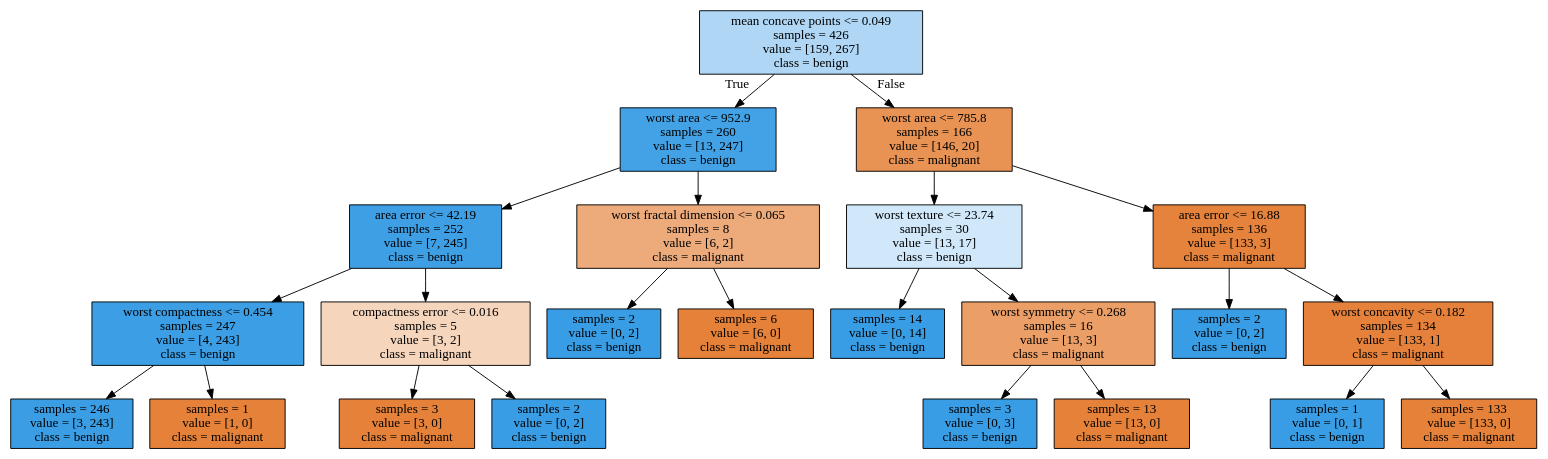
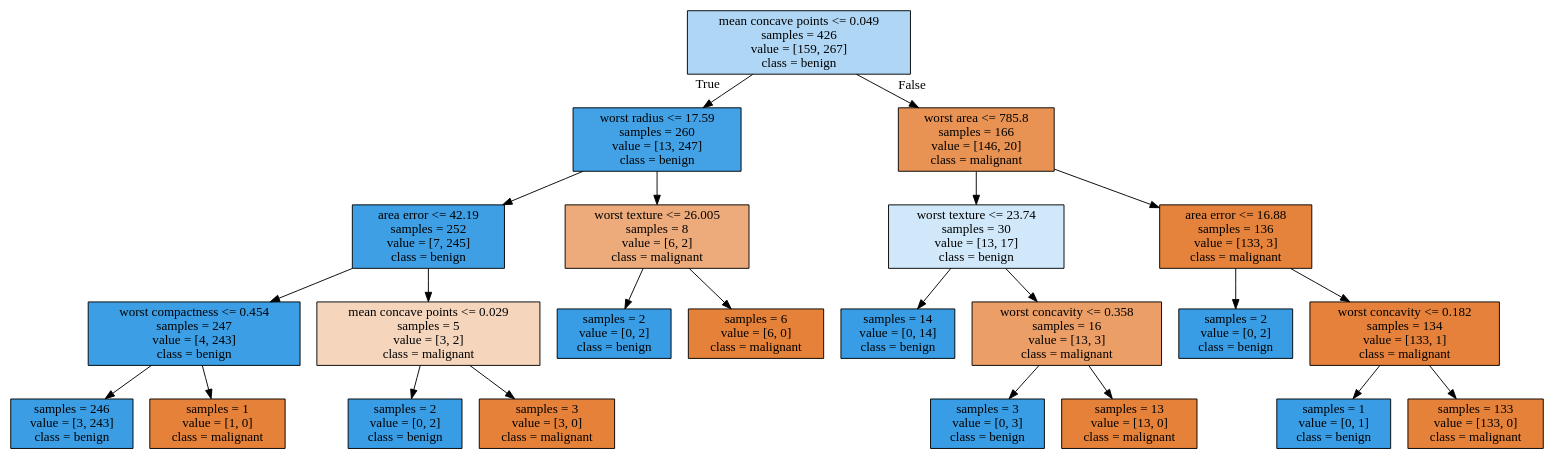
One commit to davidmilIs/Data-Clustering changed the diagram in breast_tree.dot. Above: the diagram before and after it, drawn with Graphviz. The commit also changed 1 other file, not shown here.

```diff
--- a/breast_tree.dot
+++ b/breast_tree.dot
@@ -1,48 +1,48 @@
 digraph Tree {
 node [shape=box, style="filled", color="black"] ;
 0 [label="mean concave points <= 0.049\nsamples = 426\nvalue = [159, 267]\nclass = benign", fillcolor="#399de567"] ;
-1 [label="worst area <= 952.9\nsamples = 260\nvalue = [13, 247]\nclass = benign", fillcolor="#399de5f2"] ;
+1 [label="worst radius <= 17.59\nsamples = 260\nvalue = [13, 247]\nclass = benign", fillcolor="#399de5f2"] ;
 0 -> 1 [labeldistance=2.5, labelangle=45, headlabel="True"] ;
 2 [label="area error <= 42.19\nsamples = 252\nvalue = [7, 245]\nclass = benign", fillcolor="#399de5f8"] ;
 1 -> 2 ;
 3 [label="worst compactness <= 0.454\nsamples = 247\nvalue = [4, 243]\nclass = benign", fillcolor="#399de5fb"] ;
 2 -> 3 ;
 4 [label="samples = 246\nvalue = [3, 243]\nclass = benign", fillcolor="#399de5fc"] ;
 3 -> 4 ;
 5 [label="samples = 1\nvalue = [1, 0]\nclass = malignant", fillcolor="#e58139ff"] ;
 3 -> 5 ;
-6 [label="compactness error <= 0.016\nsamples = 5\nvalue = [3, 2]\nclass = malignant", fillcolor="#e5813955"] ;
+6 [label="mean concave points <= 0.029\nsamples = 5\nvalue = [3, 2]\nclass = malignant", fillcolor="#e5813955"] ;
 2 -> 6 ;
-7 [label="samples = 3\nvalue = [3, 0]\nclass = malignant", fillcolor="#e58139ff"] ;
+7 [label="samples = 2\nvalue = [0, 2]\nclass = benign", fillcolor="#399de5ff"] ;
 6 -> 7 ;
-8 [label="samples = 2\nvalue = [0, 2]\nclass = benign", fillcolor="#399de5ff"] ;
+8 [label="samples = 3\nvalue = [3, 0]\nclass = malignant", fillcolor="#e58139ff"] ;
 6 -> 8 ;
-9 [label="worst fractal dimension <= 0.065\nsamples = 8\nvalue = [6, 2]\nclass = malignant", fillcolor="#e58139aa"] ;
+9 [label="worst texture <= 26.005\nsamples = 8\nvalue = [6, 2]\nclass = malignant", fillcolor="#e58139aa"] ;
 1 -> 9 ;
 10 [label="samples = 2\nvalue = [0, 2]\nclass = benign", fillcolor="#399de5ff"] ;
 9 -> 10 ;
 11 [label="samples = 6\nvalue = [6, 0]\nclass = malignant", fillcolor="#e58139ff"] ;
 9 -> 11 ;
 12 [label="worst area <= 785.8\nsamples = 166\nvalue = [146, 20]\nclass = malignant", fillcolor="#e58139dc"] ;
 0 -> 12 [labeldistance=2.5, labelangle=-45, headlabel="False"] ;
 13 [label="worst texture <= 23.74\nsamples = 30\nvalue = [13, 17]\nclass = benign", fillcolor="#399de53c"] ;
 12 -> 13 ;
 14 [label="samples = 14\nvalue = [0, 14]\nclass = benign", fillcolor="#399de5ff"] ;
 13 -> 14 ;
-15 [label="worst symmetry <= 0.268\nsamples = 16\nvalue = [13, 3]\nclass = malignant", fillcolor="#e58139c4"] ;
+15 [label="worst concavity <= 0.358\nsamples = 16\nvalue = [13, 3]\nclass = malignant", fillcolor="#e58139c4"] ;
 13 -> 15 ;
 16 [label="samples = 3\nvalue = [0, 3]\nclass = benign", fillcolor="#399de5ff"] ;
 15 -> 16 ;
 17 [label="samples = 13\nvalue = [13, 0]\nclass = malignant", fillcolor="#e58139ff"] ;
 15 -> 17 ;
 18 [label="area error <= 16.88\nsamples = 136\nvalue = [133, 3]\nclass = malignant", fillcolor="#e58139f9"] ;
 12 -> 18 ;
 19 [label="samples = 2\nvalue = [0, 2]\nclass = benign", fillcolor="#399de5ff"] ;
 18 -> 19 ;
 20 [label="worst concavity <= 0.182\nsamples = 134\nvalue = [133, 1]\nclass = malignant", fillcolor="#e58139fd"] ;
 18 -> 20 ;
 21 [label="samples = 1\nvalue = [0, 1]\nclass = benign", fillcolor="#399de5ff"] ;
 20 -> 21 ;
 22 [label="samples = 133\nvalue = [133, 0]\nclass = malignant", fillcolor="#e58139ff"] ;
 20 -> 22 ;
 }
```
